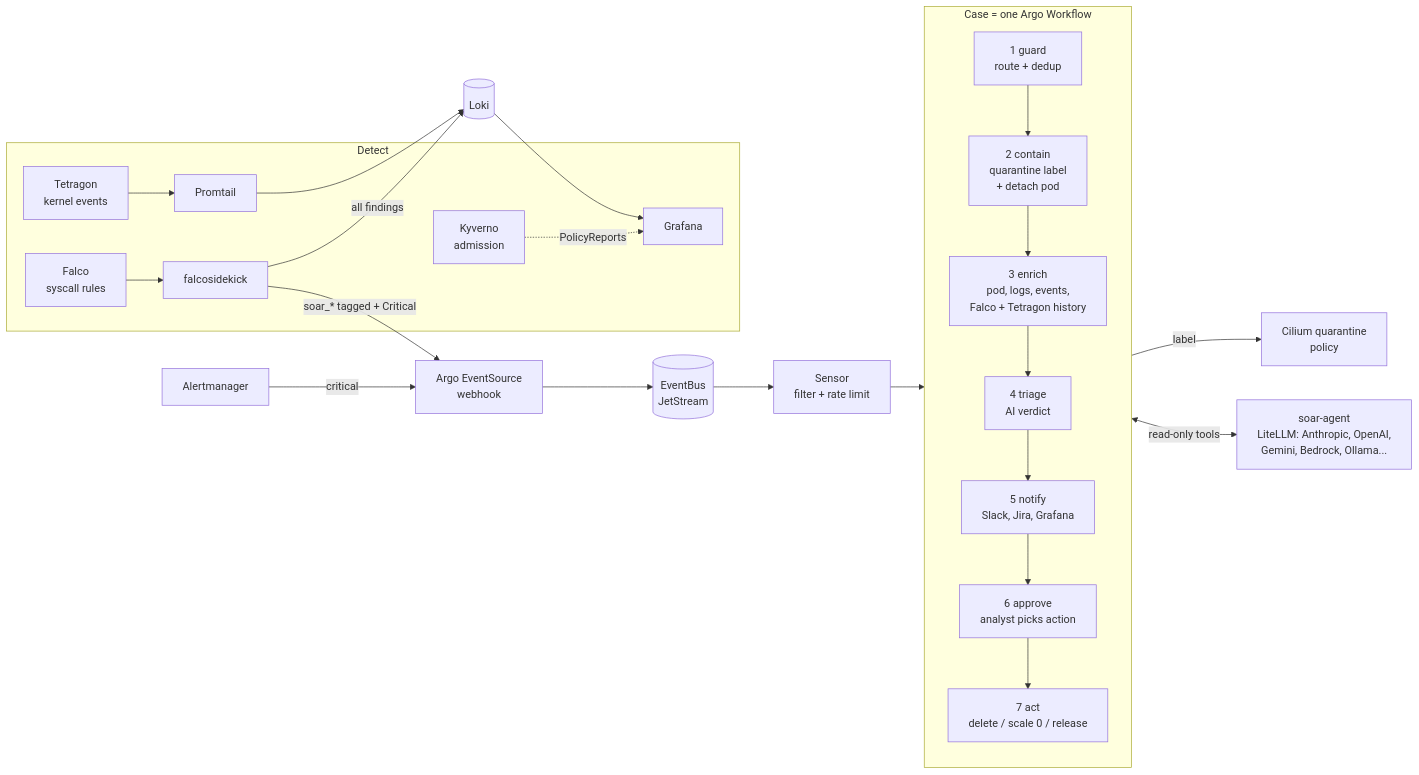
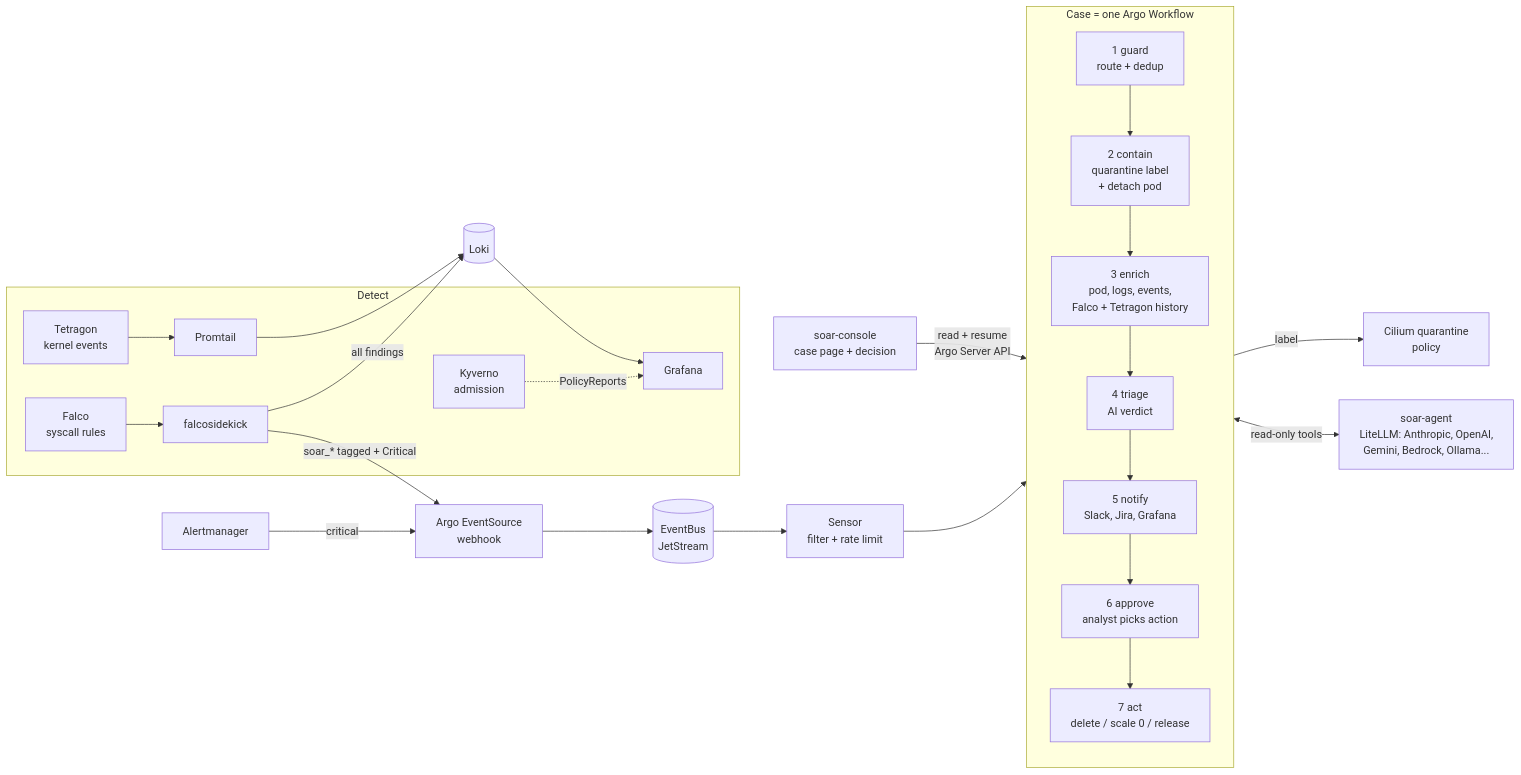
Before and after one commit to joesabbagh1/k8s-soar: the diagram in README.md, drawn with Mermaid. The commit also changed other lines of this file and 4 other files, not shown here.

````diff
--- a/README.md
+++ b/README.md
@@ -12,24 +12,25 @@
 ```mermaid
 flowchart LR
   subgraph Detect
     F[Falco<br/>syscall rules] --> SK[falcosidekick]
     T[Tetragon<br/>kernel events] --> PT[Promtail]
     K[Kyverno<br/>admission] -.PolicyReports.-> G
   end
   SK -->|all findings| L[(Loki)]
   PT --> L
   SK -->|soar_* tagged + Critical| ES[Argo EventSource<br/>webhook]
   AM[Alertmanager] -->|critical| ES
   ES --> EB[(EventBus<br/>JetStream)] --> S[Sensor<br/>filter + rate limit]
   S --> W
 
   subgraph W[Case = one Argo Workflow]
     direction TB
     g[1 guard<br/>route + dedup] --> c[2 contain<br/>quarantine label<br/>+ detach pod] --> e[3 enrich<br/>pod, logs, events,<br/>Falco + Tetragon history]
     e --> a[4 triage<br/>AI verdict] --> n[5 notify<br/>Slack, Jira, Grafana] --> ap[6 approve<br/>analyst picks action] --> x[7 act<br/>delete / scale 0 / release]
   end
+  UI[soar-console<br/>case page + decision] -->|read + resume<br/>Argo Server API| W
 
   c -->|label| CNP[Cilium quarantine<br/>policy]
   a <-->|read-only tools| AG[soar-agent<br/>LiteLLM: Anthropic, OpenAI,<br/>Gemini, Bedrock, Ollama...]
   L --> G[Grafana]
 ```
````
